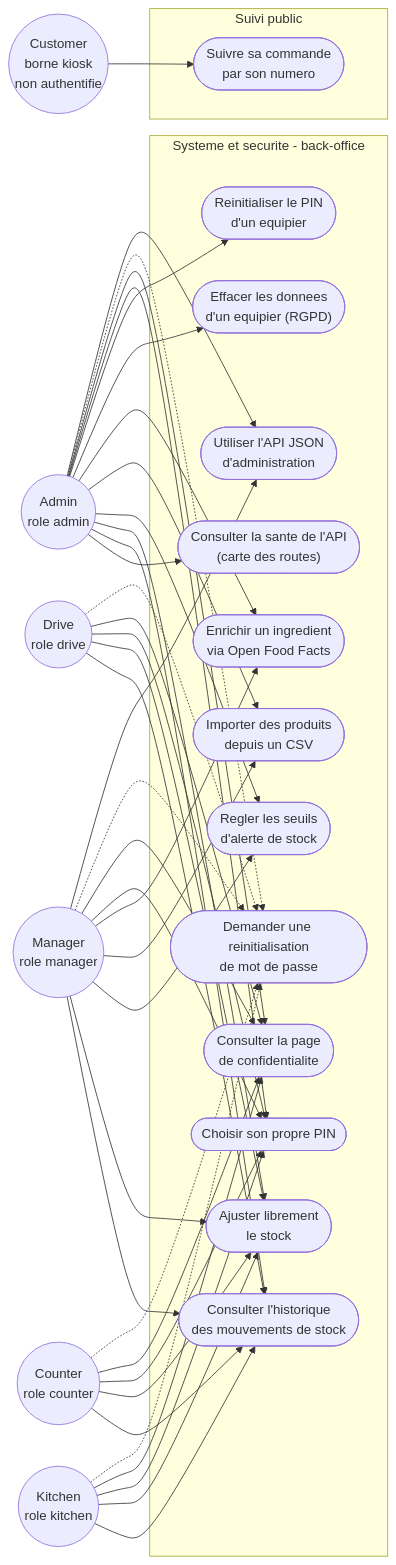
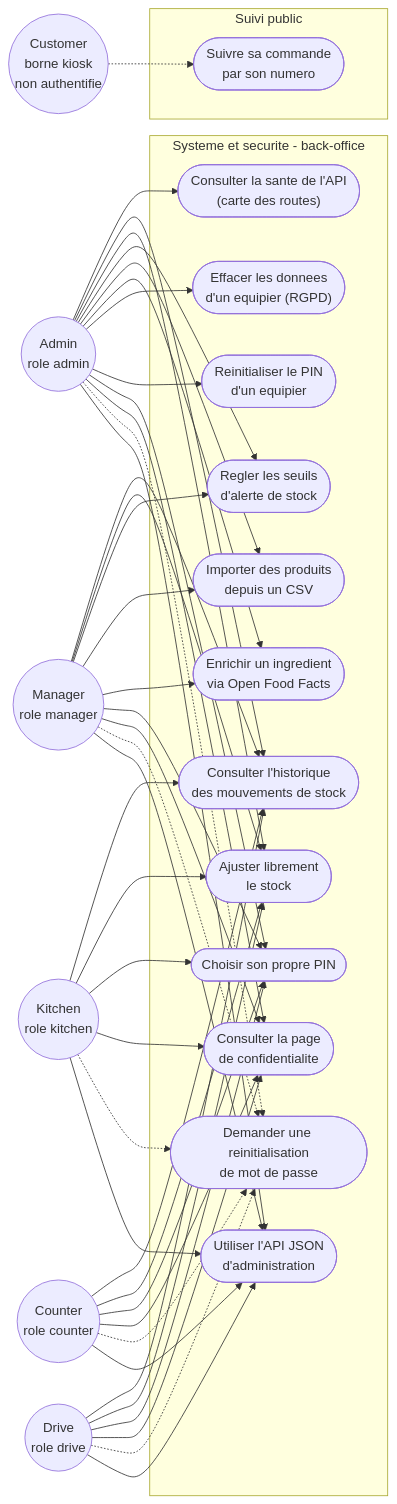
One commit to AcadeNice/wakdo_corentin changed the second of 2 diagrams in docs/uml/use-cases.md. Above: the diagram before and after it, drawn with Mermaid. The commit also changed other lines of this file and 21 other files, not shown here.

Commit message:
docs: design docs aligned on the validated code (Merise, UML, domains, dated errata in ADRs)

````diff
--- a/docs/uml/use-cases.md
+++ b/docs/uml/use-cases.md
@@ -295,10 +295,15 @@
     Manager -.-> UC69
     Admin -.-> UC69
 
-    %% API JSON : meme perimetre fonctionnel que le HTML, canal alternatif
+    %% API JSON : meme perimetre fonctionnel que le HTML, canal alternatif,
+    %% ouvert a chaque role selon ses permissions (pas reserve au manager et a l'admin)
     Manager --> UC71
     Admin --> UC71
+    Kitchen --> UC71
+    Counter --> UC71
+    Drive --> UC71
 
-    %% suivi public de commande, canal kiosk uniquement
-    Customer --> UC72
+    %% suivi public de commande (GET /api/orders/{number}) : route publique,
+    %% pas appelee par les ecrans de la borne livree
+    Customer -.-> UC72
 ```
````
